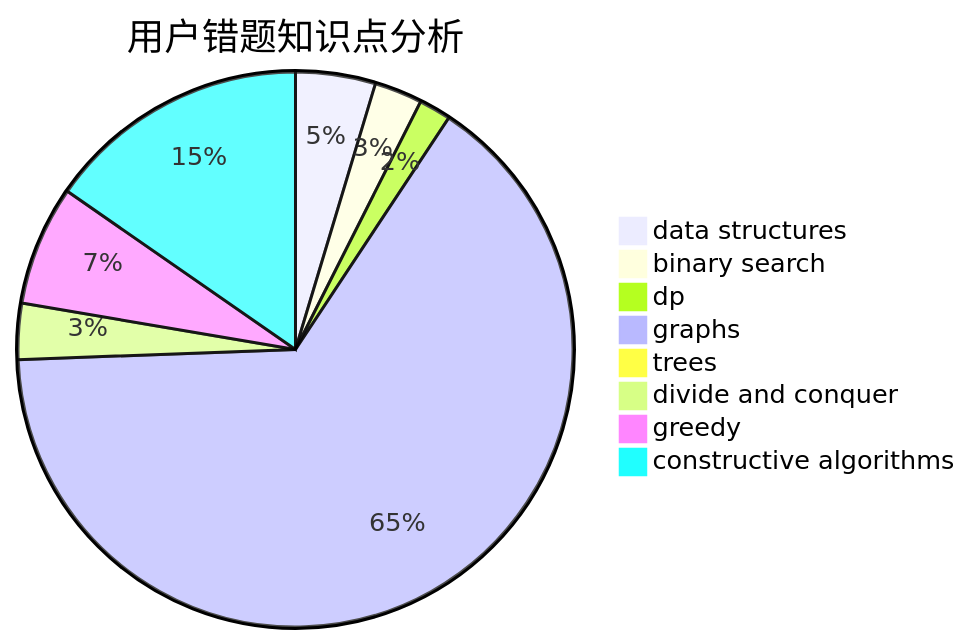
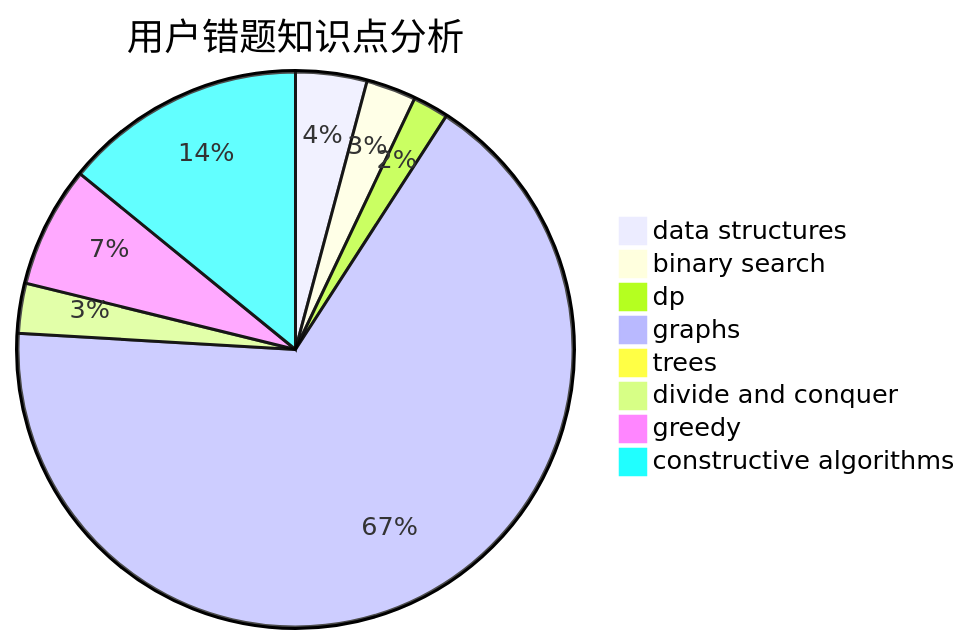
One commit to sherpahu/cfrs.github.io changed the third of 3 diagrams in docs/user/u2176.md. Above: the diagram before and after it, drawn with Mermaid. The commit also changed other lines of this file and 2770 other files, not shown here.

````diff
--- a/docs/user/u2176.md
+++ b/docs/user/u2176.md
@@ -36,11 +36,11 @@
 ```mermaid
 pie title 用户错题知识点分析
     "data structures" :  10
-    "binary search" :  6
-    "dp" :  4
-    "graphs" :  140
+    "binary search" :  7
+    "dp" :  5
+    "graphs" :  161
     "trees" :  0
     "divide and conquer" :  7
-    "greedy" :  15
-    "constructive algorithms" :  33
+    "greedy" :  17
+    "constructive algorithms" :  34
 ```
````
